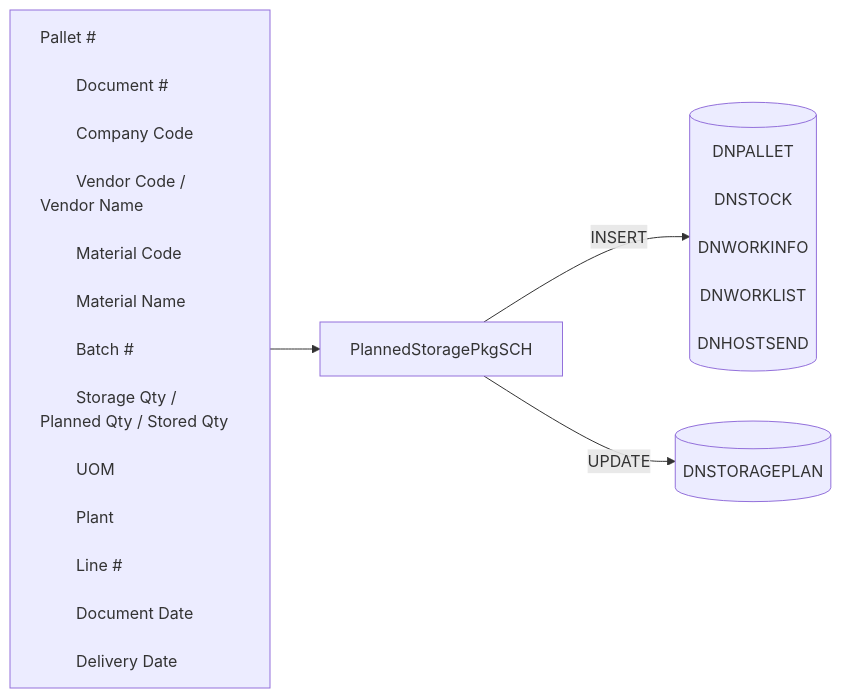
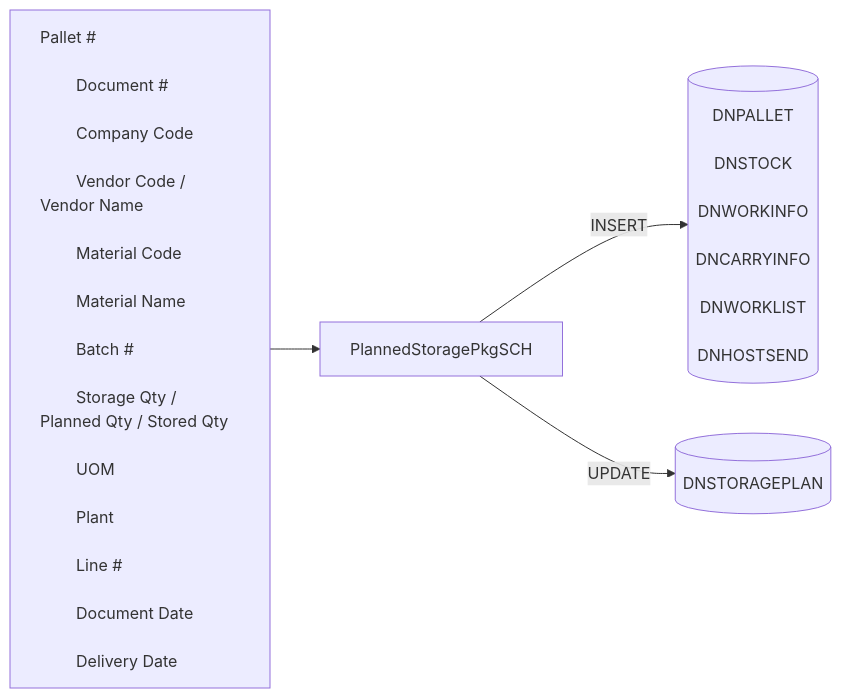
One commit to luthfiadityaa/SimeDarby-Wiki changed the second of 2 diagrams in Basic-Design/DFD-WMS/Storage/Planned-Storage-Packaging-Material.md. Above: the diagram before and after it, drawn with Mermaid.

Commit message:
Updated Planned Storage Packaging Material

```diff
--- a/Basic-Design/DFD-WMS/Storage/Planned-Storage-Packaging-Material.md
+++ b/Basic-Design/DFD-WMS/Storage/Planned-Storage-Packaging-Material.md
@@ -85,39 +85,40 @@
 ::: mermaid
 flowchart LR
     input[
         Pallet #<br>
         Document #<br>
         Company Code<br>
         Vendor Code / Vendor Name<br>
         Material Code<br>
         Material Name<br>
         Batch #<br>
         Storage Qty / Planned Qty / Stored Qty<br>
         UOM<br>
         Plant<br>
         Line #<br>
         Document Date<br>
         Delivery Date<br>
     ]
 
     tableList-insert[("
         DNPALLET<br>
         DNSTOCK<br>
         DNWORKINFO<br>
+        DNCARRYINFO<br>
         DNWORKLIST<br>
         DNHOSTSEND<br>
     ")]
 
     tableList-update[("
         DNSTORAGEPLAN
     ")]
 
     className[PlannedStoragePkgSCH]
 
     input --> className --> |INSERT| tableList-insert
     className --> |UPDATE| tableList-update
 
     classDef leftAlign text-align:left;
     class input leftAlign;
 
 :::
```
